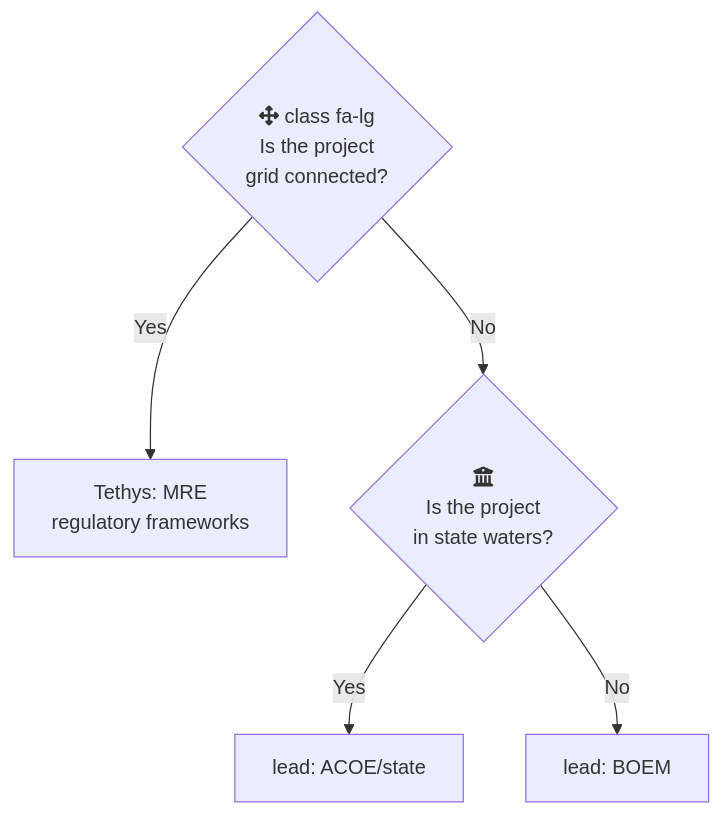
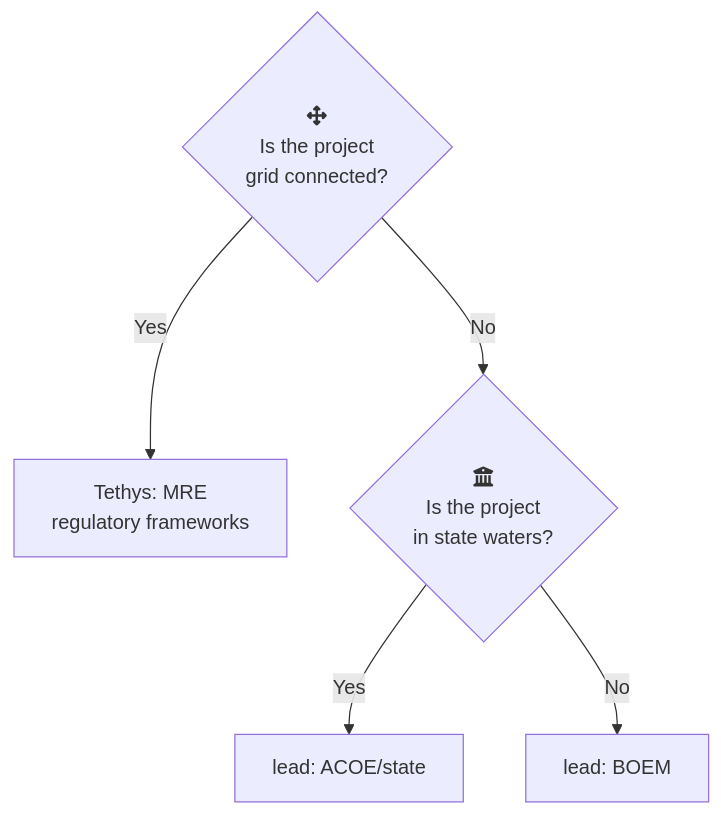
The diagram in diagrams/grid_state.mmd (marineenergy/www), drawn with Mermaid before and after one commit. The commit also changed 2 other files, not shown here.

```diff
--- a/diagrams/grid_state.mmd
+++ b/diagrams/grid_state.mmd
@@ -1,12 +1,13 @@
-%% see in mermaid-live-editor: https://mermaid-js.github.io/mermaid-live-editor/#/edit/eyJjb2RlIjoiZ3JhcGggVERcbmdyaWQtLT58WWVzfHRldGh5c1xuZ3JpZC0tPnxOb3xzdGF0ZVxuc3RhdGUtLT58WWVzfGFjb2VcbnN0YXRlLS0-fE5vfGJvZW1cbmdyaWR7ZmE6ZmEtYXJyb3dzLWFsdCBjbGFzcyBmYS1sZyA8YnI-SXMgdGhlIHByb2plY3Q8YnI-Z3JpZCBjb25uZWN0ZWQ_fVxudGV0aHlzW1RldGh5czogTVJFPGJyLz5yZWd1bGF0b3J5IGZyYW1ld29ya3NdXG5jbGljayB0ZXRoeXMgXCJodHRwczovL3RldGh5cy5wbm5sLmdvdi9yZWd1bGF0b3J5LWZyYW1ld29ya3MtbWFyaW5lLXJlbmV3YWJsZS1lbmVyZ3kjVW5pdGVkJTIwU3RhdGVzJTIwb2YlMjBBbWVyaWNhXCIgXCJSZWd1bGF0b3J5IEZyYW1ld29ya3MgZm9yIE1hcmluZSBSZW5ld2FibGUgRW5lcmd5OiBVU0FcIlxuc3RhdGV7ZmE6ZmEtaW5zdGl0dXRpb248YnI-SXMgdGhlIHByb2plY3Q8YnI-aW4gc3RhdGUgd2F0ZXJzP31cbmJvZW1bbGVhZDogQk9FTV1cbmFjb2VbbGVhZDogQUNPRS9zdGF0ZV1cbiIsIm1lcm1haWQiOnsidGhlbWUiOiJkZWZhdWx0In0sInVwZGF0ZUVkaXRvciI6ZmFsc2V9
 graph TD
 grid-->|Yes|tethys
 grid-->|No|state
 state-->|Yes|acoe
 state-->|No|boem
-grid{fa:fa-arrows-alt class fa-lg <br>Is the project<br>grid connected?}
+grid{fa:fa-arrows-alt<br>Is the project<br>grid connected?}
 tethys[Tethys: MRE<br/>regulatory frameworks]
 click tethys "https://tethys.pnnl.gov/regulatory-frameworks-marine-renewable-energy#United%20States%20of%20America" "Regulatory Frameworks for Marine Renewable Energy: USA"
 state{fa:fa-institution<br>Is the project<br>in state waters?}
 boem[lead: BOEM]
 acoe[lead: ACOE/state]
+
+%% see in mermaid-live-editor: https://mermaid-js.github.io/mermaid-live-editor/#/edit/eyJjb2RlIjoiZ3JhcGggVERcbmdyaWQtLT58WWVzfHRldGh5c1xuZ3JpZC0tPnxOb3xzdGF0ZVxuc3RhdGUtLT58WWVzfGFjb2VcbnN0YXRlLS0-fE5vfGJvZW1cbmdyaWR7ZmE6ZmEtYXJyb3dzLWFsdDxicj5JcyB0aGUgcHJvamVjdDxicj5ncmlkIGNvbm5lY3RlZD99XG50ZXRoeXNbVGV0aHlzOiBNUkU8YnIvPnJlZ3VsYXRvcnkgZnJhbWV3b3Jrc11cbmNsaWNrIHRldGh5cyBcImh0dHBzOi8vdGV0aHlzLnBubmwuZ292L3JlZ3VsYXRvcnktZnJhbWV3b3Jrcy1tYXJpbmUtcmVuZXdhYmxlLWVuZXJneSNVbml0ZWQlMjBTdGF0ZXMlMjBvZiUyMEFtZXJpY2FcIiBcIlJlZ3VsYXRvcnkgRnJhbWV3b3JrcyBmb3IgTWFyaW5lIFJlbmV3YWJsZSBFbmVyZ3k6IFVTQVwiXG5zdGF0ZXtmYTpmYS1pbnN0aXR1dGlvbjxicj5JcyB0aGUgcHJvamVjdDxicj5pbiBzdGF0ZSB3YXRlcnM_fVxuYm9lbVtsZWFkOiBCT0VNXVxuYWNvZVtsZWFkOiBBQ09FL3N0YXRlXSIsIm1lcm1haWQiOnsidGhlbWUiOiJkZWZhdWx0In0sInVwZGF0ZUVkaXRvciI6ZmFsc2V9
```
